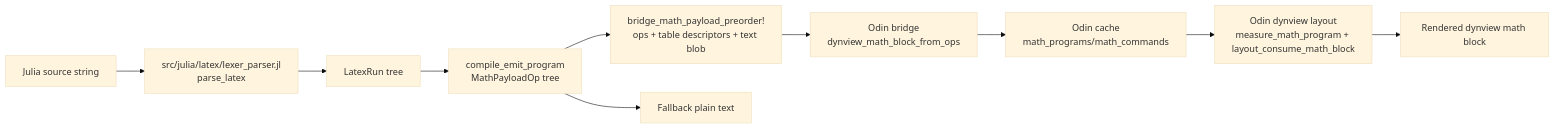
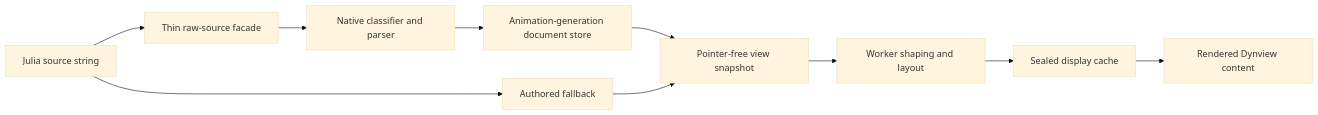
One commit to derekshoneycutt/EuclidApp changed the first of 2 diagrams in docs/wiki/Guides/ArchitectureSummary.md. Above: the diagram before and after it, drawn with Mermaid (base theme). The commit also changed other lines of this file and 58 other files, not shown here.

Commit message:
Migrate TeX parsing to Odin; still on Julia thread at this piont, but first pass complete.

````diff
--- a/docs/wiki/Guides/ArchitectureSummary.md
+++ b/docs/wiki/Guides/ArchitectureSummary.md
@@ -230,16 +227,16 @@
 ```mermaid
 flowchart LR
     A[Julia source string]
-    B[src/julia/latex/lexer_parser.jl\nparse_latex]
-    C[LatexRun tree]
-    D[compile_emit_program\nMathPayloadOp tree]
-    E[bridge_math_payload_preorder!\nops + table descriptors + text blob]
-    F[Odin bridge\ndynview_math_block_from_ops]
-    G[Odin cache\nmath_programs/math_commands]
-    H[Odin dynview layout\nmeasure_math_program + layout_consume_math_block]
-    I[Rendered dynview math block]
-    J[Fallback plain text]
+  B[Thin raw-source facade]
+  C[Native classifier and parser]
+  D[Animation-generation document store]
+  E[Pointer-free view snapshot]
+  F[Worker shaping and layout]
+  G[Sealed display cache]
+  H[Rendered Dynview content]
+  I[Authored fallback]
 
-    A --> B --> C --> D --> E --> F --> G --> H --> I
-    D --> J
+  A --> B --> C --> D --> E --> F --> G --> H
+  A --> I
+  I --> E
 ```
````
